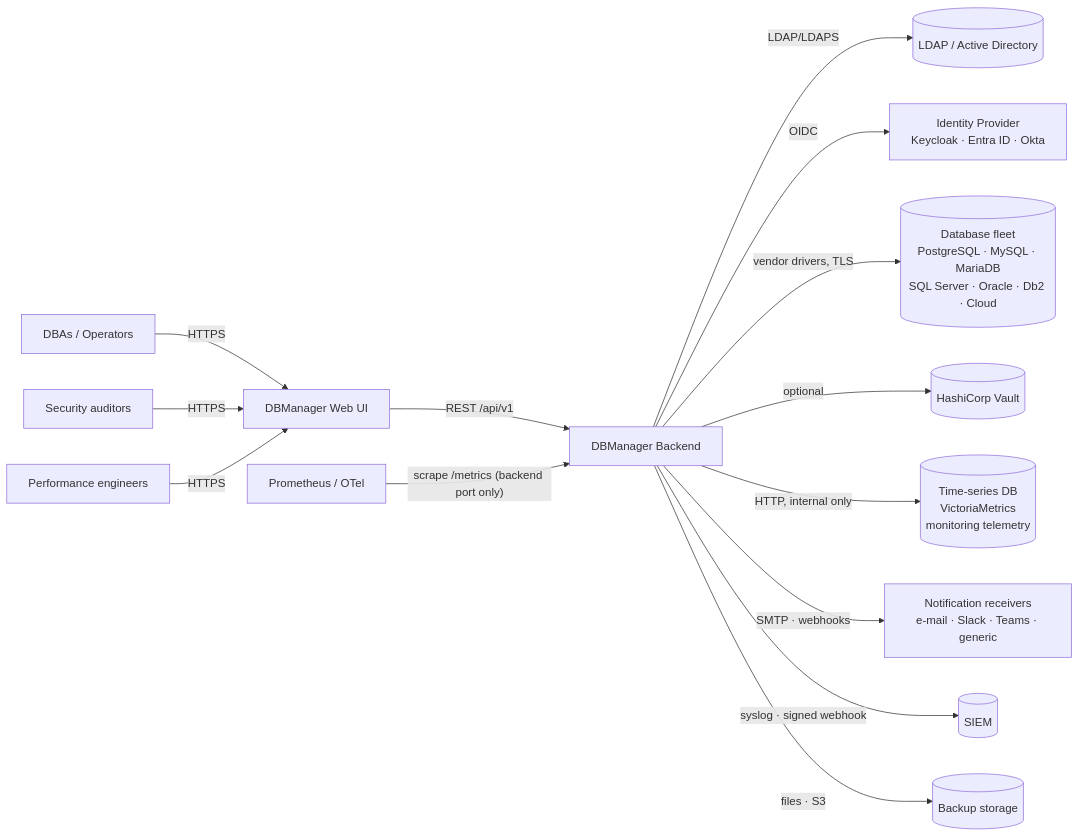
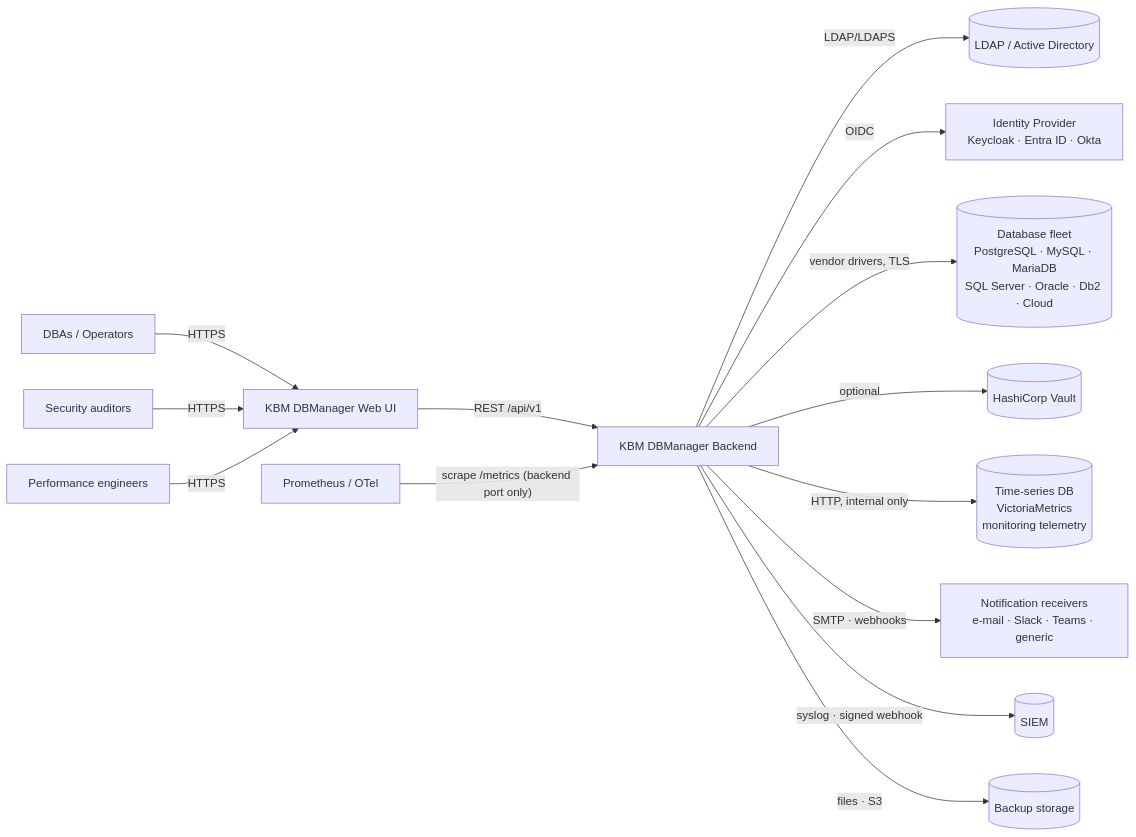
The first of 10 diagrams in docs/architecture/design-document.md (hbenabdalla/dbmanager), drawn with Mermaid before and after one commit. The commit also changed other lines of this file and 243 other files, not shown here.

````diff
--- a/docs/architecture/design-document.md
+++ b/docs/architecture/design-document.md
@@ -78,16 +78,16 @@
 ```mermaid
 flowchart LR
-    DBA[DBAs / Operators] -->|HTTPS| UI[DBManager Web UI]
+    DBA[DBAs / Operators] -->|HTTPS| UI[KBM DBManager Web UI]
     SEC[Security auditors] -->|HTTPS| UI
     PERF[Performance engineers] -->|HTTPS| UI
-    UI -->|REST /api/v1| BE[DBManager Backend]
+    UI -->|REST /api/v1| BE[KBM DBManager Backend]
     BE -->|LDAP/LDAPS| AD[(LDAP / Active Directory)]
     BE -->|OIDC| IDP[Identity Provider<br/>Keycloak · Entra ID · Okta]
     BE -->|vendor drivers, TLS| FLEET[(Database fleet<br/>PostgreSQL · MySQL · MariaDB<br/>SQL Server · Oracle · Db2 · Cloud)]
     BE -->|optional| VAULT[(HashiCorp Vault)]
     BE -->|HTTP, internal only| TS[(Time-series DB<br/>VictoriaMetrics<br/>monitoring telemetry)]
     BE -->|SMTP · webhooks| NOTIFY[Notification receivers<br/>e-mail · Slack · Teams · generic]
     BE -->|syslog · signed webhook| SIEM[(SIEM)]
     BE -->|files · S3| STORE[(Backup storage)]
     PROM[Prometheus / OTel] -->|"scrape /metrics (backend port only)"| BE
 ```
````
